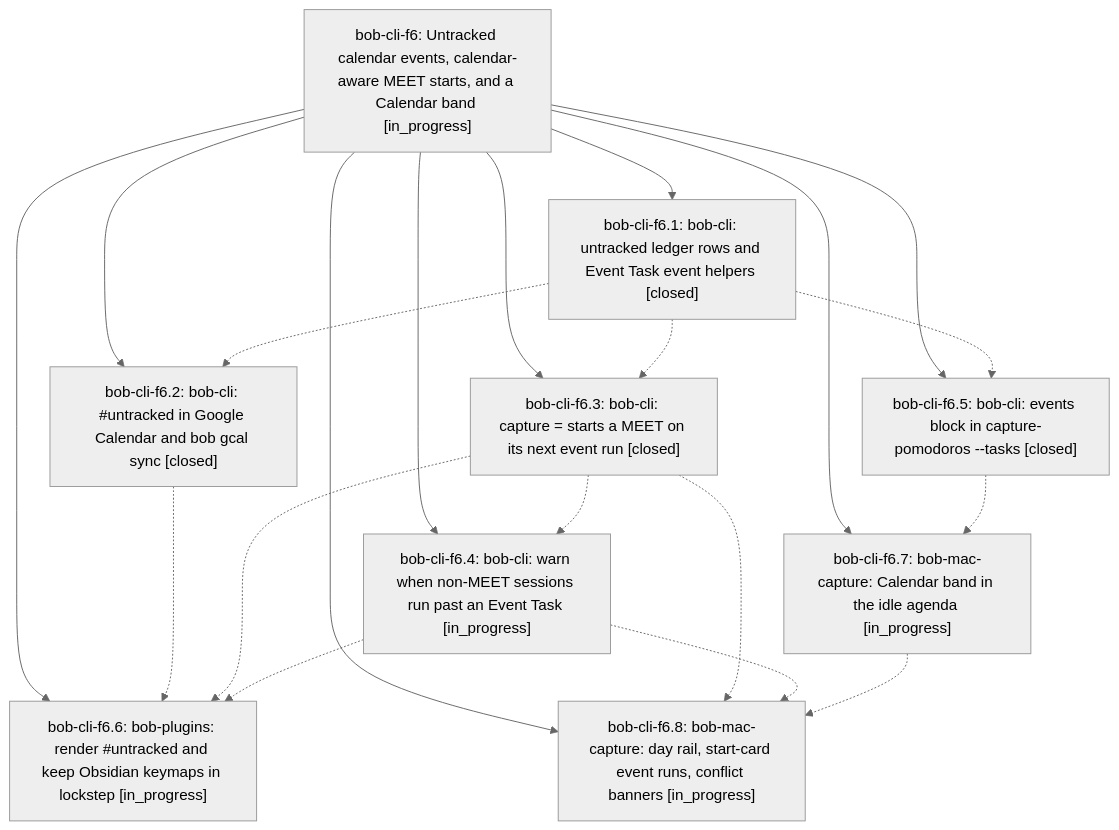
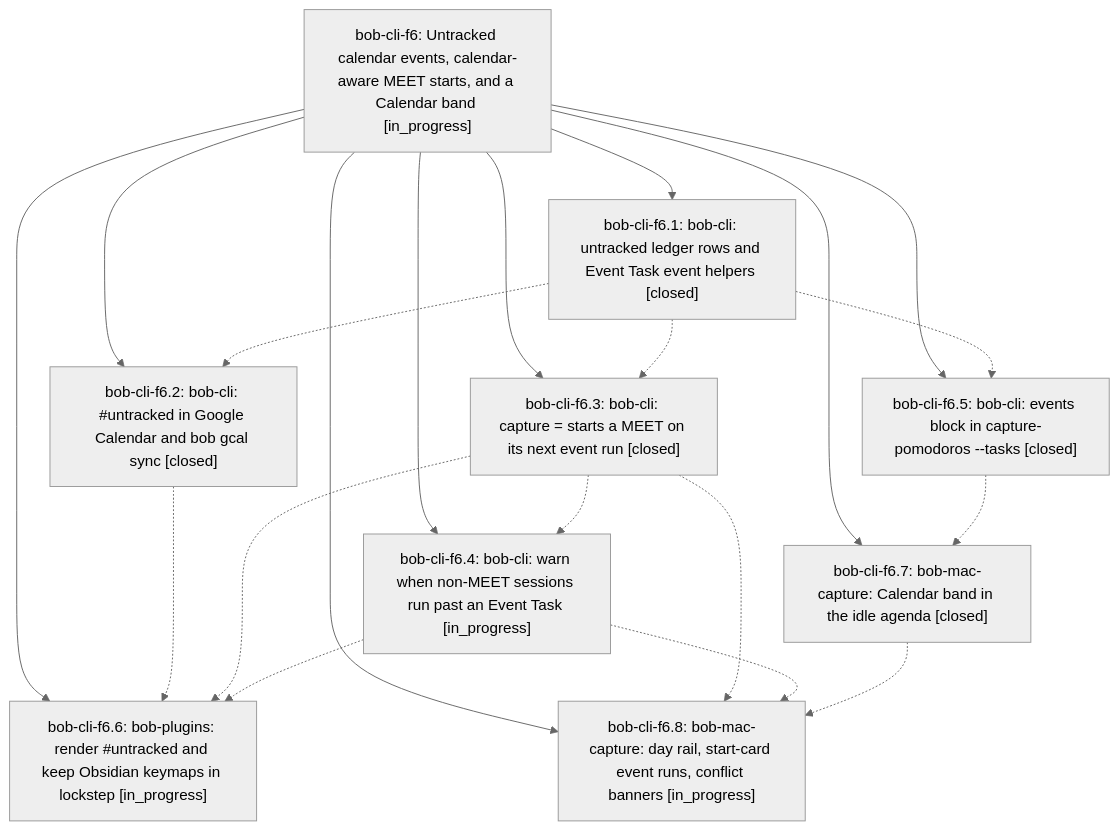
Before and after one commit to bobs-org/bob-cli--beads: the diagram in pages/bob-cli-f6/README.md, drawn with Mermaid (neutral theme). The commit also changed other lines of this file and 5 other files, not shown here.

First line of the commit message:
chore(beads): sync bead state and pages for bob-cli-f6

````diff
--- a/pages/bob-cli-f6/README.md
+++ b/pages/bob-cli-f6/README.md
@@ -41,31 +43,31 @@
 ```mermaid
 flowchart TD
     n0["bob-cli-f6: Untracked calendar events, calendar-aware MEET starts, and a Calendar band [in_progress]"]
     n1["bob-cli-f6.1: bob-cli: untracked ledger rows and Event Task event helpers [closed]"]
     n2["bob-cli-f6.2: bob-cli: #untracked in Google Calendar and bob gcal sync [closed]"]
     n3["bob-cli-f6.3: bob-cli: capture = starts a MEET on its next event run [closed]"]
     n4["bob-cli-f6.4: bob-cli: warn when non-MEET sessions run past an Event Task [in_progress]"]
     n5["bob-cli-f6.5: bob-cli: events block in capture-pomodoros --tasks [closed]"]
     n6["bob-cli-f6.6: bob-plugins: render #untracked and keep Obsidian keymaps in lockstep [in_progress]"]
-    n7["bob-cli-f6.7: bob-mac-capture: Calendar band in the idle agenda [in_progress]"]
+    n7["bob-cli-f6.7: bob-mac-capture: Calendar band in the idle agenda [closed]"]
     n8["bob-cli-f6.8: bob-mac-capture: day rail, start-card event runs, conflict banners [in_progress]"]
     n0 --> n1
     n0 --> n2
     n0 --> n3
     n0 --> n4
     n0 --> n5
     n0 --> n6
     n0 --> n7
     n0 --> n8
     n1 -.-> n2
     n1 -.-> n3
     n1 -.-> n5
     n2 -.-> n6
     n3 -.-> n4
     n3 -.-> n6
     n3 -.-> n8
     n4 -.-> n6
     n4 -.-> n8
     n5 -.-> n7
     n7 -.-> n8
 ```
````
